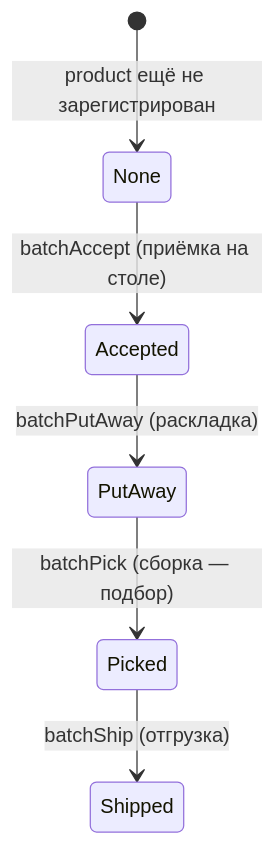
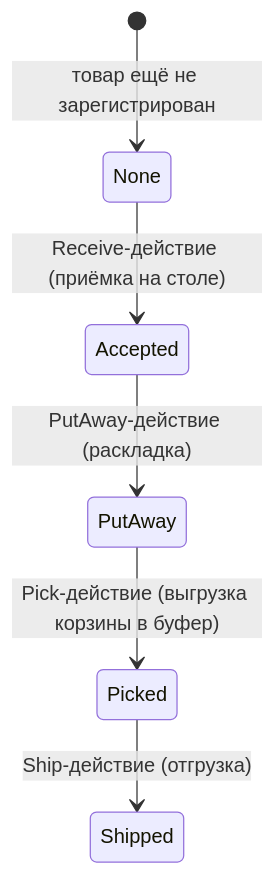
One commit to oglenyaboss/avalanche-wms changed the eighth of 12 diagrams in docs/data-model/entity-lifecycle.md. Above: the diagram before and after it, drawn with Mermaid. The commit also changed other lines of this file and 10 other files, not shown here.

````diff
--- a/docs/data-model/entity-lifecycle.md
+++ b/docs/data-model/entity-lifecycle.md
@@ -169,8 +175,8 @@
 ```mermaid
 stateDiagram-v2
-    [*] --> None : product ещё не зарегистрирован
-    None --> Accepted : batchAccept (приёмка на столе)
-    Accepted --> PutAway : batchPutAway (раскладка)
-    PutAway --> Picked : batchPick (сборка — подбор)
-    Picked --> Shipped : batchShip (отгрузка)
+    [*] --> None : товар ещё не зарегистрирован
+    None --> Accepted : Receive-действие (приёмка на столе)
+    Accepted --> PutAway : PutAway-действие (раскладка)
+    PutAway --> Picked : Pick-действие (выгрузка корзины в буфер)
+    Picked --> Shipped : Ship-действие (отгрузка)
 ```
````
